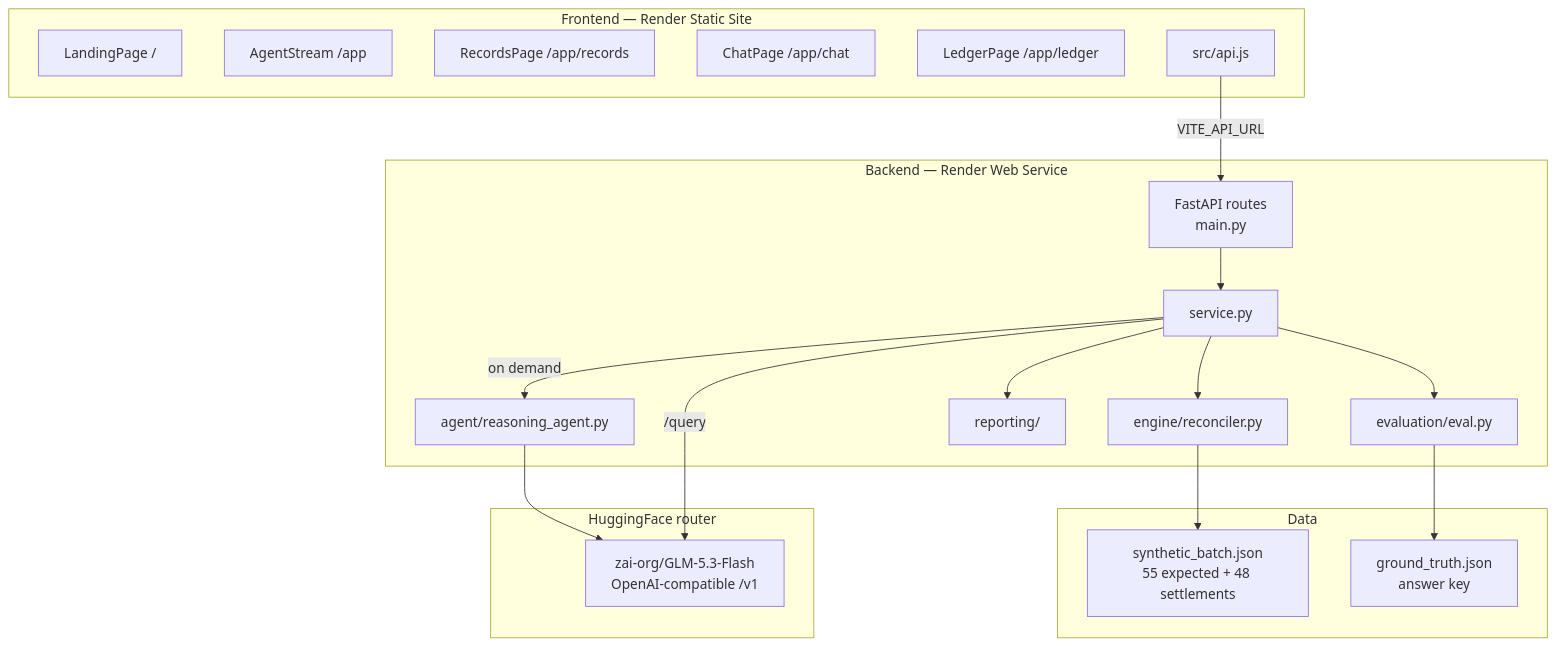
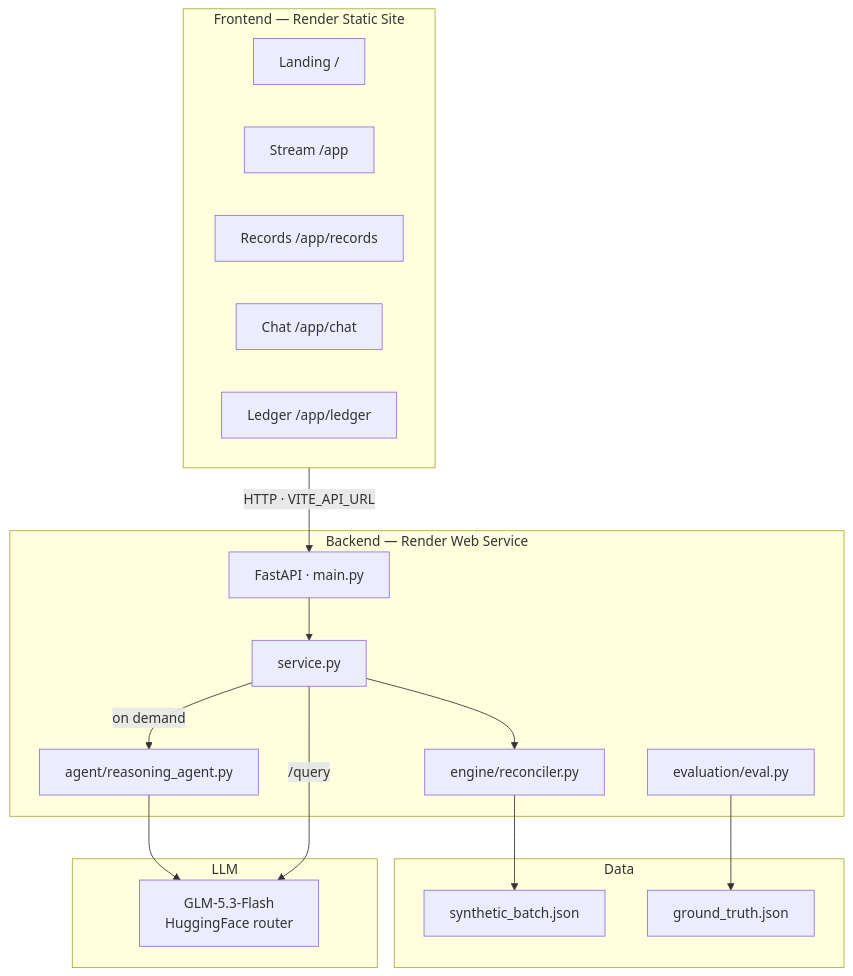
Before and after one commit to RakshithDasari/Residual_theFIN_OPS-agent: the fifth of 5 diagrams in README.md, drawn with Mermaid. The commit also changed other lines of this file, not shown here.

````diff
--- a/README.md
+++ b/README.md
@@ -195,40 +215,33 @@
 ```mermaid
 flowchart TB
-    subgraph Frontend["Frontend — Render Static Site"]
-        LP[LandingPage /]
-        AS[AgentStream /app]
-        RP[RecordsPage /app/records]
-        CP[ChatPage /app/chat]
-        LD[LedgerPage /app/ledger]
-        API[src/api.js]
+    subgraph FE["Frontend — Render Static Site"]
+        LP[Landing /]
+        AS[Stream /app]
+        RP[Records /app/records]
+        CP[Chat /app/chat]
+        LD[Ledger /app/ledger]
     end
 
-    subgraph Backend["Backend — Render Web Service"]
-        MA[FastAPI routes\nmain.py]
+    subgraph BE["Backend — Render Web Service"]
+        MA[FastAPI · main.py]
         SV[service.py]
         EN[engine/reconciler.py]
         AG[agent/reasoning_agent.py]
-        RE[reporting/]
         EV[evaluation/eval.py]
     end
 
-    subgraph Data["Data"]
-        SB[synthetic_batch.json\n55 expected + 48 settlements]
-        GT[ground_truth.json\nanswer key]
+    subgraph DA["Data"]
+        SB[synthetic_batch.json]
+        GT[ground_truth.json]
     end
 
-    subgraph LLM["HuggingFace router"]
-        HF[zai-org/GLM-5.3-Flash\nOpenAI-compatible /v1]
+    subgraph LM["LLM"]
+        HF[GLM-5.3-Flash\nHuggingFace router]
     end
 
-    API -->|VITE_API_URL| MA
-    MA --> SV
-    SV --> EN
-    SV -->|on demand| AG
-    SV --> RE
-    SV --> EV
-    EN --> SB
+    FE -->|HTTP · VITE_API_URL| MA
+    MA --> SV --> EN --> SB
+    SV -->|on demand| AG --> HF
+    SV -->|/query| HF
     EV --> GT
-    AG --> HF
-    SV -->|/query| HF
 ```
````
